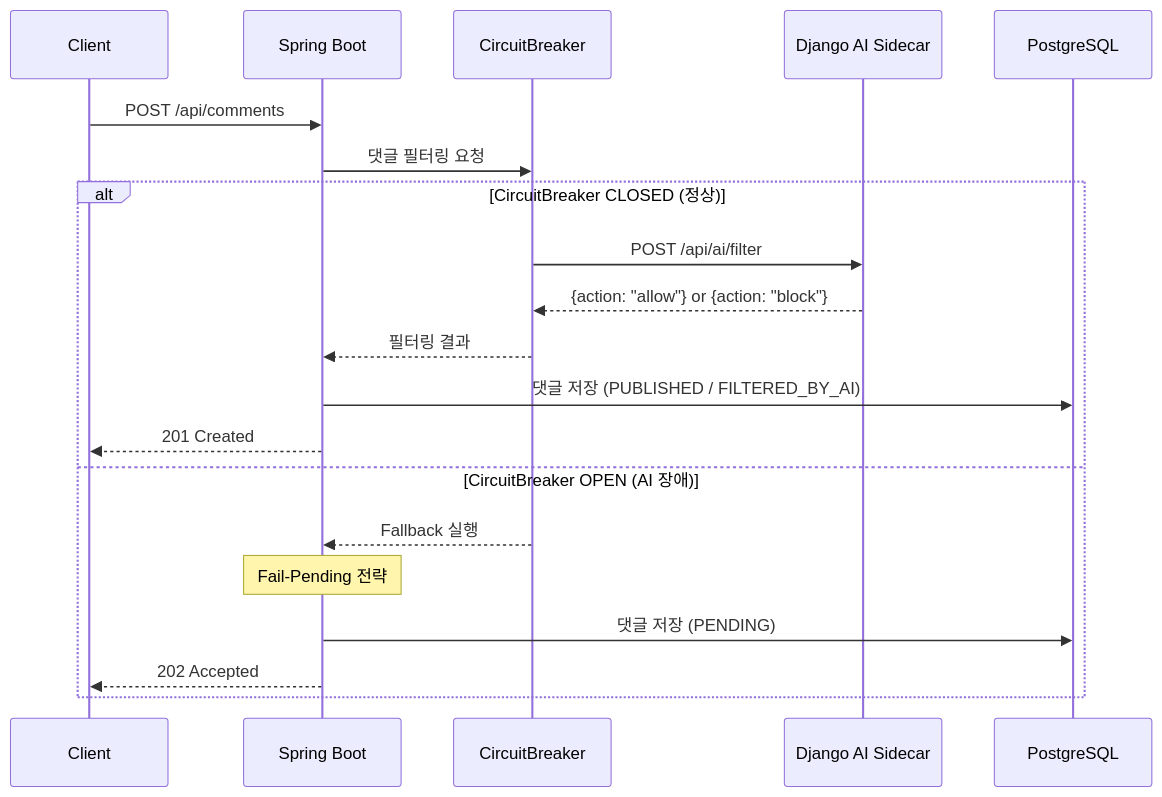
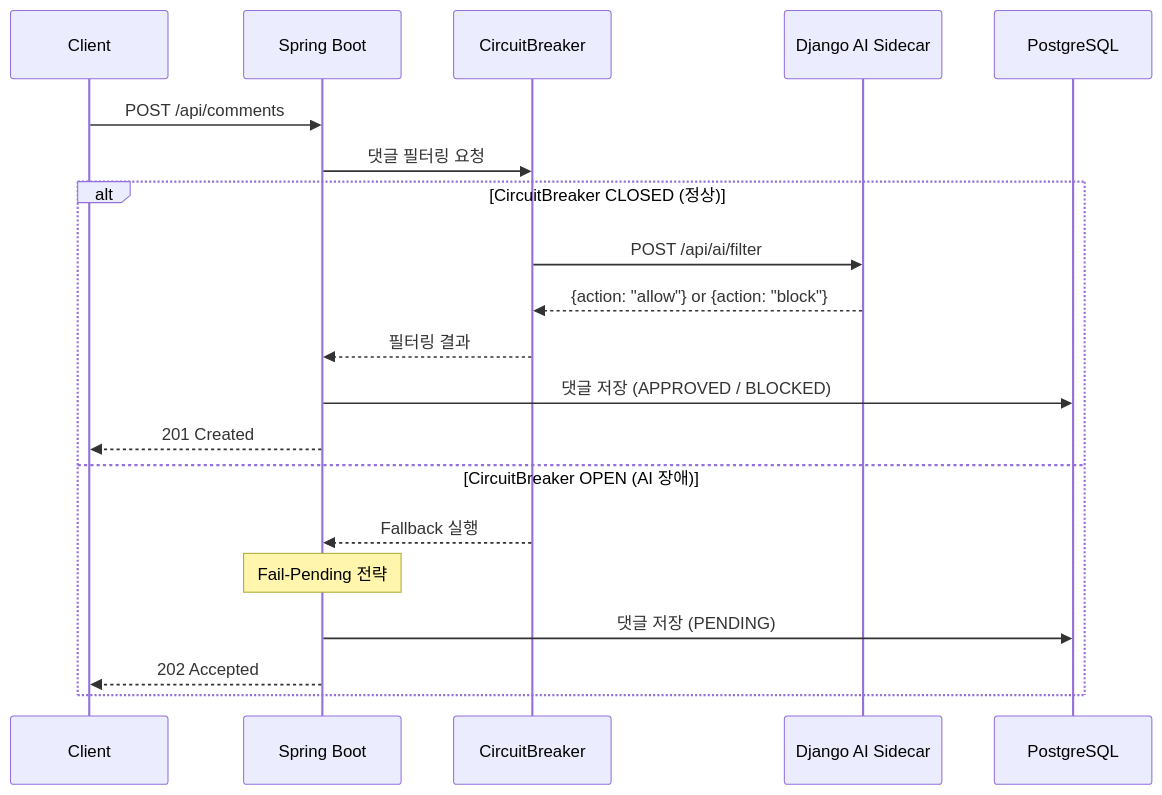
The third of 5 diagrams in readme.md (jskjw157/FanPulse), drawn with Mermaid before and after one commit. The commit also changed other lines of this file and 1 other file, not shown here.

Commit message:
docs: add architecture diagram, align CommentStatus enum with code, fix clone URL and test links (#336)

````diff
--- a/readme.md
+++ b/readme.md
@@ -121,24 +127,24 @@
 ```mermaid
 sequenceDiagram
     participant Client
     participant Spring as Spring Boot
     participant CB as CircuitBreaker
     participant AI as Django AI Sidecar
     participant DB as PostgreSQL
 
     Client->>Spring: POST /api/comments
     Spring->>CB: 댓글 필터링 요청
 
     alt CircuitBreaker CLOSED (정상)
         CB->>AI: POST /api/ai/filter
         AI-->>CB: {action: "allow"} or {action: "block"}
         CB-->>Spring: 필터링 결과
-        Spring->>DB: 댓글 저장 (PUBLISHED / FILTERED_BY_AI)
+        Spring->>DB: 댓글 저장 (APPROVED / BLOCKED)
         Spring-->>Client: 201 Created
     else CircuitBreaker OPEN (AI 장애)
         CB-->>Spring: Fallback 실행
         Note over Spring: Fail-Pending 전략
         Spring->>DB: 댓글 저장 (PENDING)
         Spring-->>Client: 202 Accepted
     end
 ```
````
